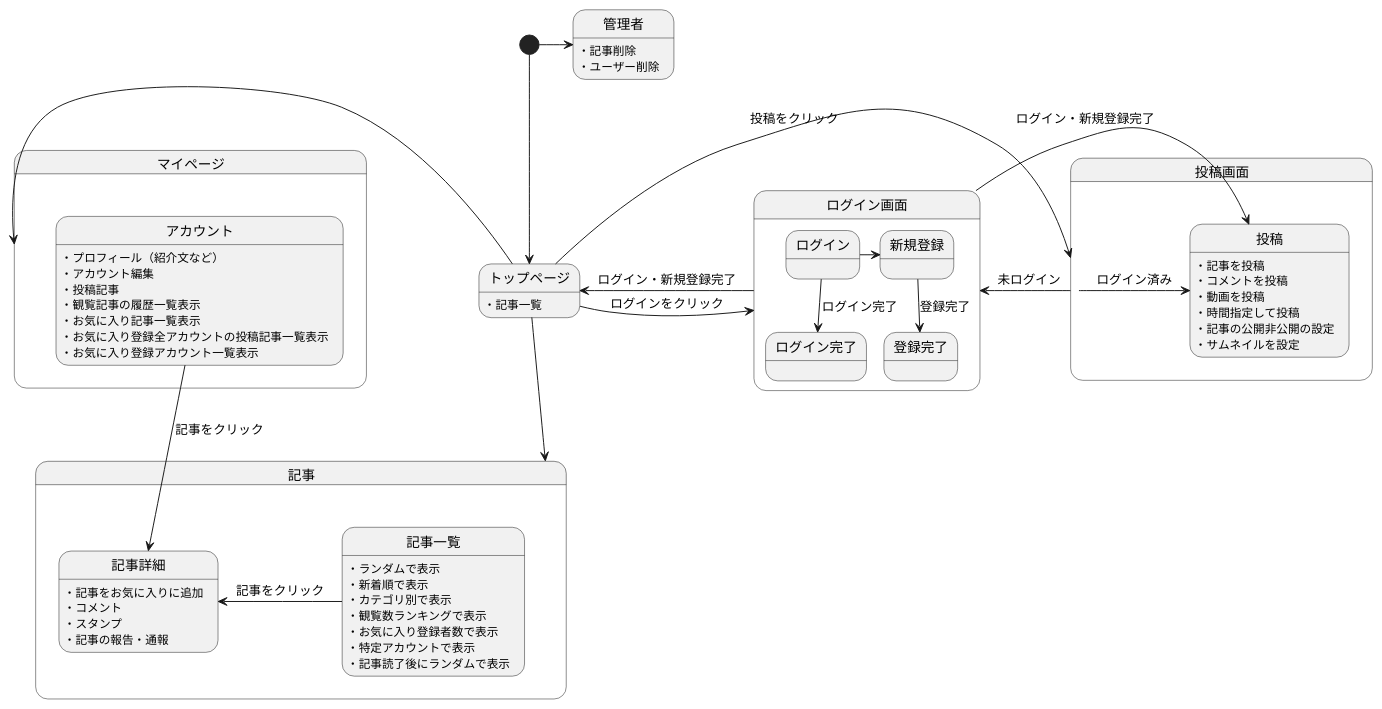
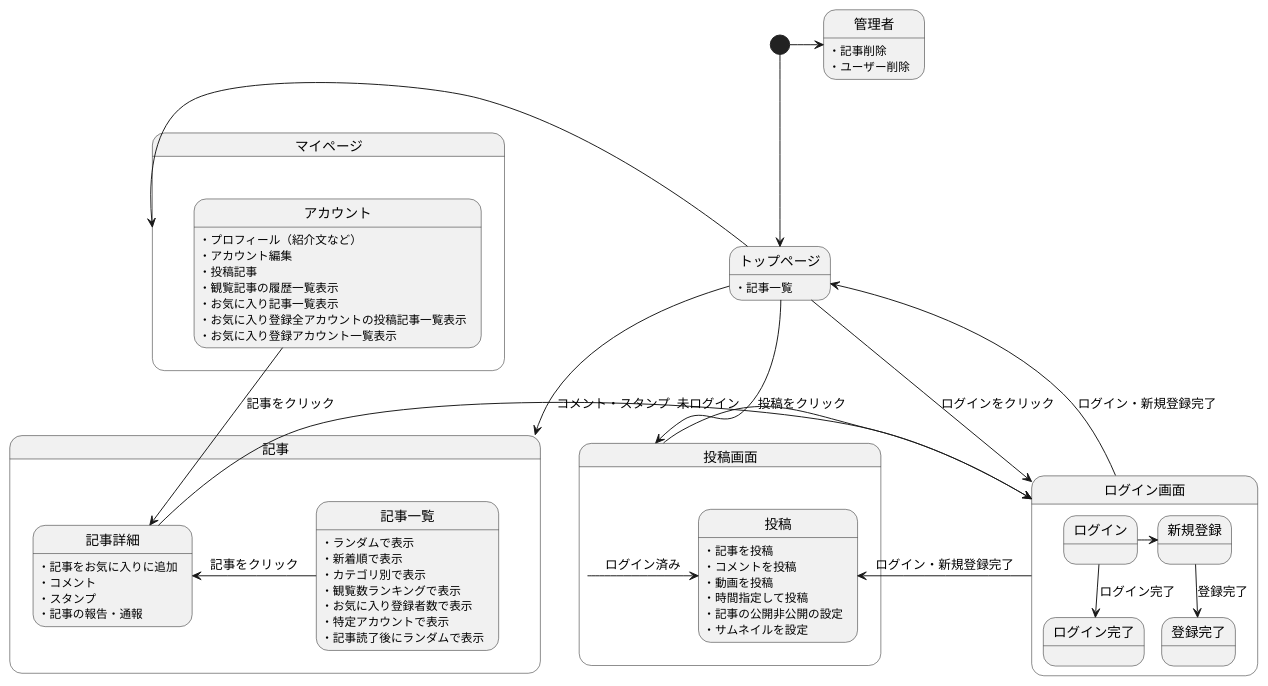
The diagram in 後期画面遷移.md (Aso2001001/2022System), drawn with PlantUML before and after one commit.

````diff
--- a/後期画面遷移.md
+++ b/後期画面遷移.md
@@ -1,75 +1,76 @@
 ```uml
 @startuml
 [*] --> トップページ
 
 
 トップページ -down-> 記事
 トップページ -left-> マイページ
 トップページ -> 投稿画面 : 投稿をクリック
 
 トップページ:・記事一覧
 
 トップページ -> ログイン画面 : ログインをクリック
 
 ログイン画面 -> トップページ : ログイン・新規登録完了
 
 state ログイン画面{
 ログイン -> 新規登録
 ログイン -down-> ログイン完了 : ログイン完了
 新規登録 -down-> 登録完了 : 登録完了
 }
 
 state 記事{
 記事一覧 -left-> 記事詳細 : 記事をクリック
+記事詳細 -> ログイン画面 :コメント・スタンプ
 
 記事一覧:・ランダムで表示
 記事一覧:・新着順で表示
 記事一覧:・カテゴリ別で表示
 記事一覧:・観覧数ランキングで表示
 記事一覧:・お気に入り登録者数で表示
 記事一覧:・特定アカウントで表示
 記事一覧:・記事読了後にランダムで表示
 
 記事詳細:・記事をお気に入りに追加
 記事詳細:・コメント
 記事詳細:・スタンプ
 記事詳細:・記事の報告・通報
 
 }
 
 state 投稿画面{
 投稿画面 -> ログイン画面 : 未ログイン
 投稿画面 -> 投稿 : ログイン済み
 ログイン画面 -> 投稿 :ログイン・新規登録完了
 
 投稿:・記事を投稿
 投稿:・コメントを投稿
 投稿:・動画を投稿
 投稿:・時間指定して投稿
 投稿:・記事の公開非公開の設定
 投稿:・サムネイルを設定
 
 }
 
 state マイページ{
 
 アカウント -> 記事詳細 : 記事をクリック
 
 アカウント:・プロフィール（紹介文など）
 アカウント:・アカウント編集
 アカウント:・投稿記事
 アカウント:・観覧記事の履歴一覧表示
 アカウント:・お気に入り記事一覧表示
 アカウント:・お気に入り登録全アカウントの投稿記事一覧表示
 アカウント:・お気に入り登録アカウント一覧表示
 
 }
 
 
 [*] -right-> 管理者
 管理者:・記事削除
 管理者:・ユーザー削除
 
 
 @enduml
 ```
````
